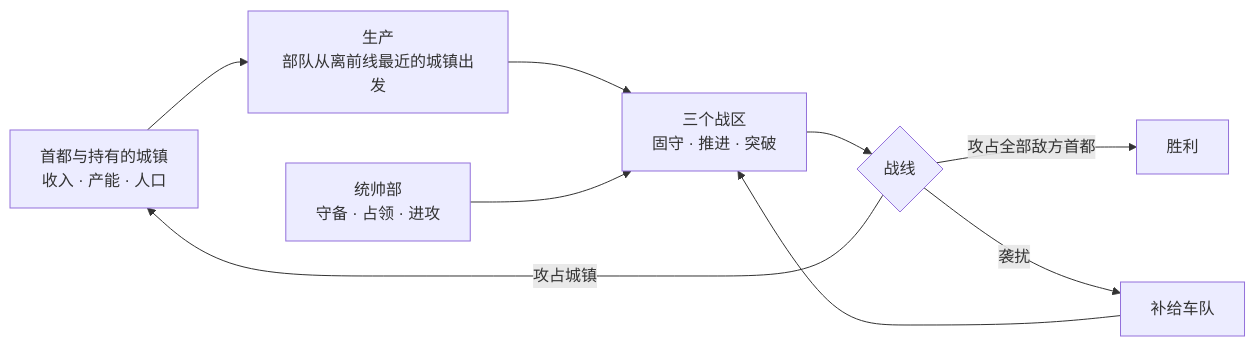
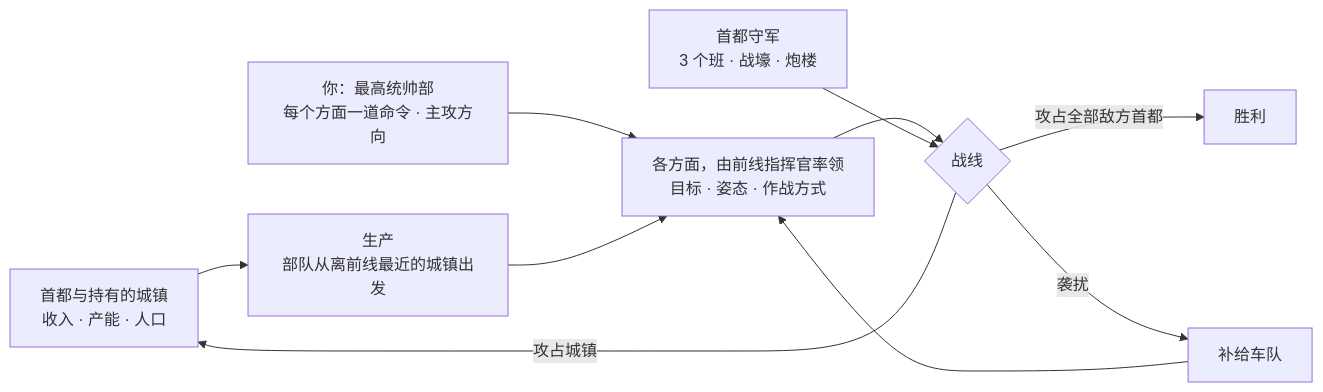
The first of 2 diagrams in README.zh-CN.md (Zwl20085/LittleWarGame), drawn with Mermaid before and after one commit. The commit also changed other lines of this file and 9 other files, not shown here.

First line of the commit message:
docs: README 2.0 (en + zh) — supreme-HQ orders, front commanders, structures, armour, challenge lab, roadmap

````diff
--- a/README.zh-CN.md
+++ b/README.zh-CN.md
@@ -135,11 +164,12 @@
 ```mermaid
 flowchart LR
   A[首都与持有的城镇<br/>收入 · 产能 · 人口] --> B[生产<br/>部队从离前线最近的城镇出发]
-  B --> C[三个战区<br/>固守 · 推进 · 突破]
-  H[统帅部<br/>守备 · 占领 · 进攻] --> C
+  H[你：最高统帅部<br/>每个方面一道命令 · 主攻方向] --> C
+  B --> C[各方面，由前线指挥官率领<br/>目标 · 姿态 · 作战方式]
   C --> D{战线}
+  G[首都守军<br/>3 个班 · 战壕 · 炮楼] --> D
   D -- 攻占城镇 --> A
   D -- 攻占全部敌方首都 --> V[胜利]
   S[补给车队] --> C
   D -- 袭扰 --> S
 ```
````
